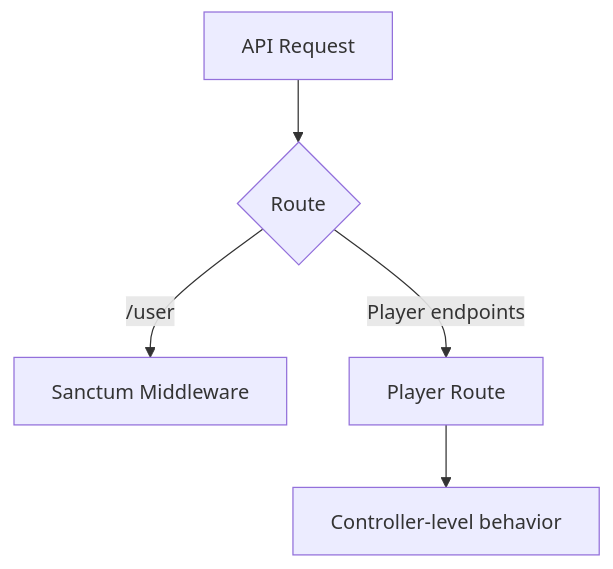
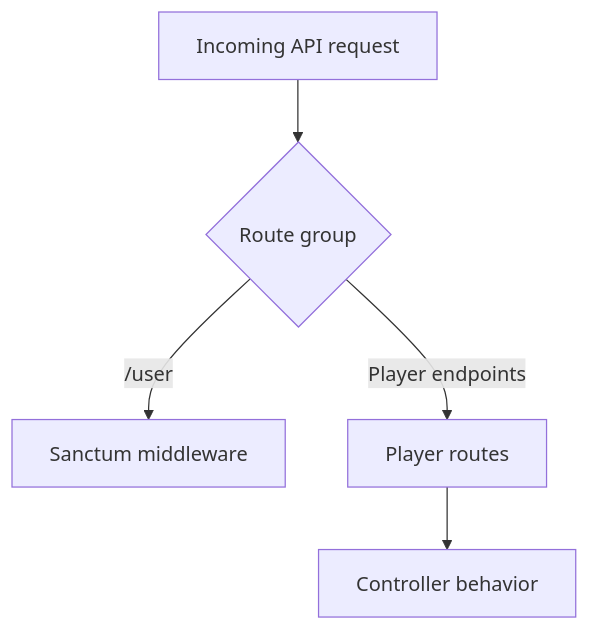
The fifth of 6 diagrams in docs/development-pipeline.md (HidayahMF/RestFullPlayerApi), drawn with Mermaid before and after one commit. The commit also changed other lines of this file, not shown here.

````diff
--- a/docs/development-pipeline.md
+++ b/docs/development-pipeline.md
@@ -88,7 +97,7 @@
 ```mermaid
 flowchart TD
-    REQ[API Request] --> ROUTE{Route}
-    ROUTE -->|/user| SANCTUM[Sanctum Middleware]
-    ROUTE -->|Player endpoints| PLAYER[Player Route]
-    PLAYER --> CTRL[Controller-level behavior]
+    REQ[Incoming API request] --> R{Route group}
+    R -->|/user| S[Sanctum middleware]
+    R -->|Player endpoints| P[Player routes]
+    P --> C[Controller behavior]
 ```
````
